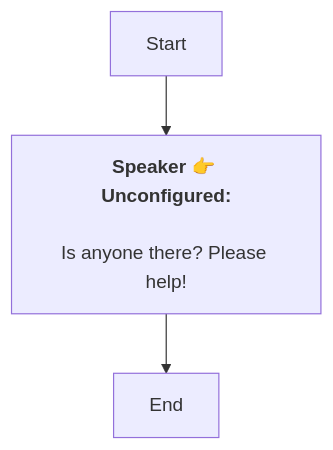
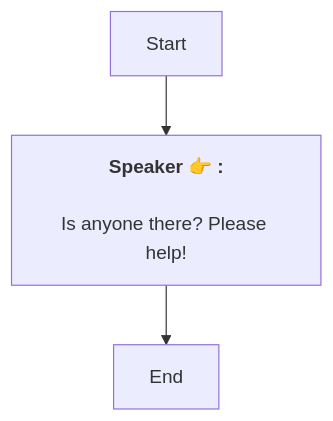
Before and after one commit to SoftHu/tos_avg: the diagram in En/Dialog_55197877742593.md, drawn with Mermaid. The commit also changed 737 other files, not shown here.

````diff
--- a/En/Dialog_55197877742593.md
+++ b/En/Dialog_55197877742593.md
@@ -1,8 +1,7 @@
 ```mermaid
 graph
-Start -->1766332096469984[<b>Speaker 👉 Unconfigured:</b>
-
-Is anyone there? Please help!]
+Start -->1766332096469984[<b>Speaker 👉 :</b>
+\nIs anyone there? Please help!]
 1766332096469984 -->1766332107561954[End]
 
- ```
+```
````
